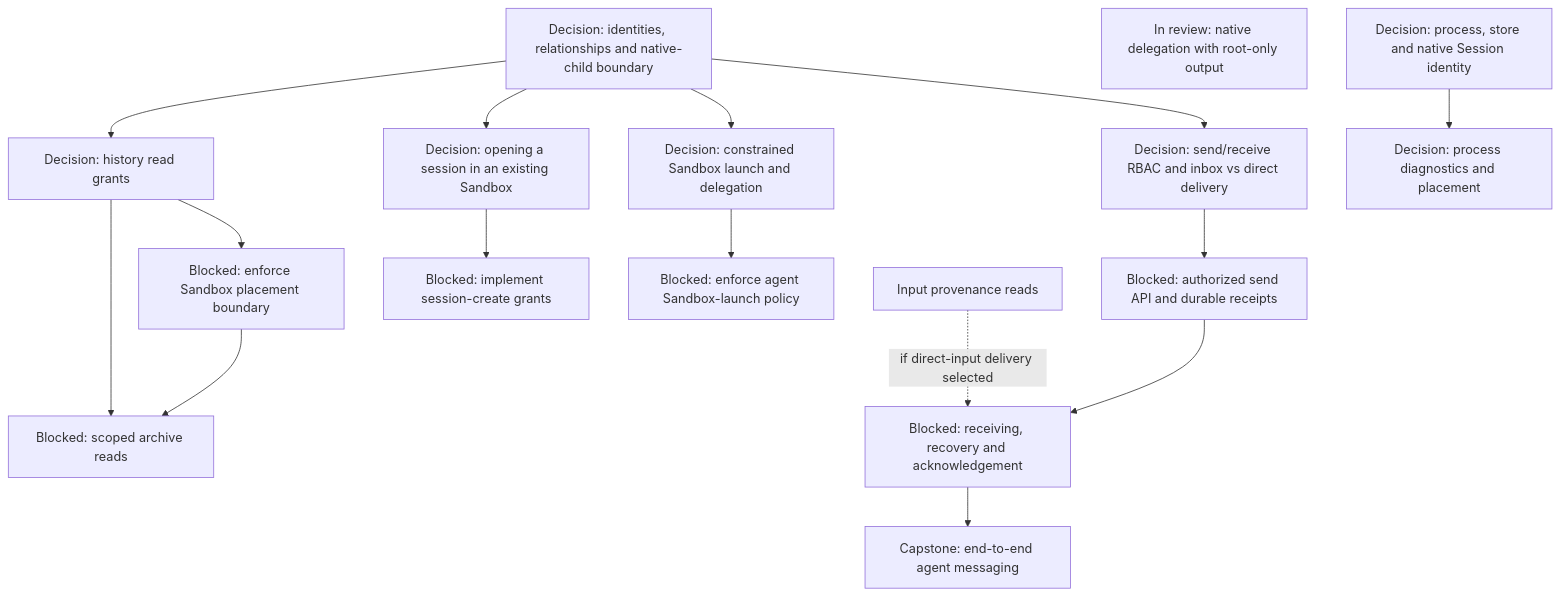
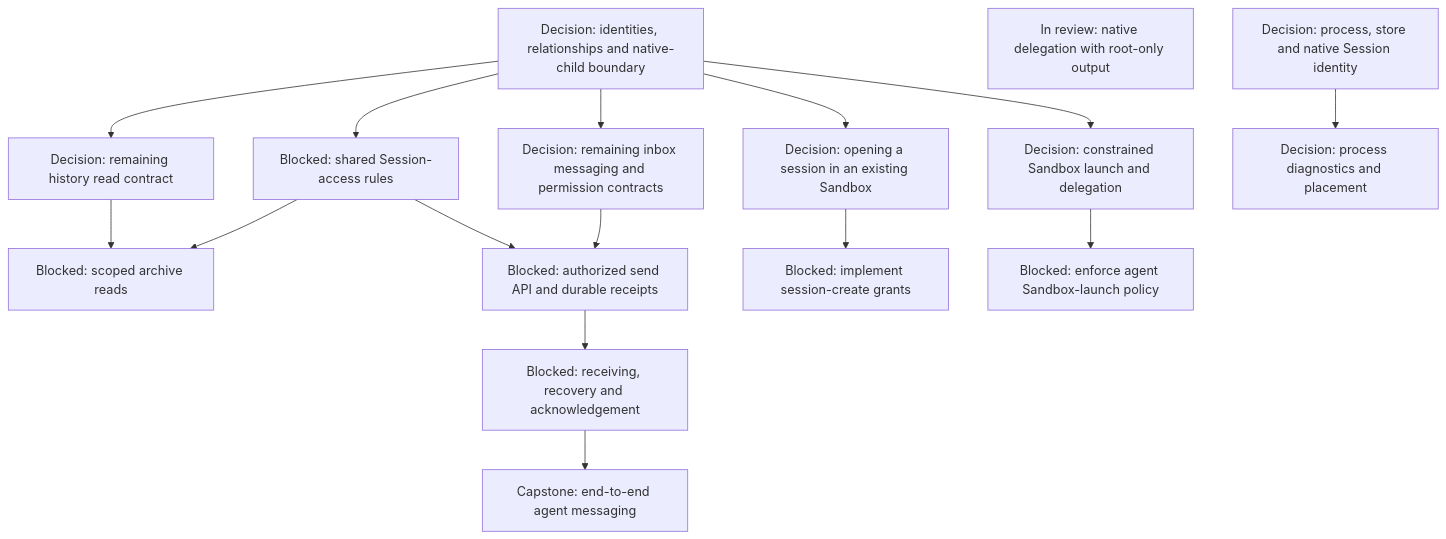
Before and after one commit to agentydragon-agent/ducktape: the fifth of 16 diagrams in agentplane/plans/task_dag.md, drawn with Mermaid. The commit also changed other lines of this file and 6 other files, not shown here.

````diff
--- a/agentplane/plans/task_dag.md
+++ b/agentplane/plans/task_dag.md
@@ -223,32 +234,32 @@
 ```mermaid
 flowchart TD
     MULTIAGENT_MODEL[Decision: identities, relationships and native-child boundary]
-    THREAD_READ_POLICY_DESIGN[Decision: history read grants]
-    SANDBOX_COMPARTMENT_BOUNDARY[Blocked: enforce Sandbox placement boundary]
+    SESSION_ACCESS_RULES[Blocked: shared Session-access rules]
+    THREAD_READ_POLICY_DESIGN[Decision: remaining history read contract]
     THREAD_READ_POLICY[Blocked: scoped archive reads]
-    AGENT_MESSAGING_DESIGN[Decision: send/receive RBAC and inbox vs direct delivery]
+    AGENT_MESSAGING_DESIGN[Decision: remaining inbox messaging and permission contracts]
     AGENT_MESSAGE_INGRESS[Blocked: authorized send API and durable receipts]
     AGENT_MESSAGE_RECEPTION[Blocked: receiving, recovery and acknowledgement]
     AGENT_MESSAGING[Capstone: end-to-end agent messaging]
     THREAD_CREATE_POLICY[Decision: opening a session in an existing Sandbox]
     THREAD_CREATE_AUTHORIZATION[Blocked: implement session-create grants]
     AGENT_LAUNCH_POLICY_DESIGN[Decision: constrained Sandbox launch and delegation]
     AGENT_SANDBOX_LAUNCH[Blocked: enforce agent Sandbox-launch policy]
     MULTIAGENT_MODEL --> THREAD_READ_POLICY_DESIGN
+    MULTIAGENT_MODEL --> SESSION_ACCESS_RULES
     MULTIAGENT_MODEL --> AGENT_MESSAGING_DESIGN
     MULTIAGENT_MODEL --> THREAD_CREATE_POLICY
     MULTIAGENT_MODEL --> AGENT_LAUNCH_POLICY_DESIGN
-    THREAD_READ_POLICY_DESIGN --> SANDBOX_COMPARTMENT_BOUNDARY
     THREAD_READ_POLICY_DESIGN --> THREAD_READ_POLICY
-    SANDBOX_COMPARTMENT_BOUNDARY --> THREAD_READ_POLICY
+    SESSION_ACCESS_RULES --> THREAD_READ_POLICY
+    SESSION_ACCESS_RULES --> AGENT_MESSAGE_INGRESS
     AGENT_MESSAGING_DESIGN --> AGENT_MESSAGE_INGRESS
-    SESSION_INPUT_METADATA_READ[Input provenance reads] -. if direct-input delivery selected .-> AGENT_MESSAGE_RECEPTION
     AGENT_MESSAGE_INGRESS --> AGENT_MESSAGE_RECEPTION
     AGENT_MESSAGE_RECEPTION --> AGENT_MESSAGING
     THREAD_CREATE_POLICY --> THREAD_CREATE_AUTHORIZATION
     AGENT_LAUNCH_POLICY_DESIGN --> AGENT_SANDBOX_LAUNCH
     NATIVE_SUBAGENT_ENABLE[In review: native delegation with root-only output]
     RUNNER_HARNESS_OBJECTS_DESIGN[Decision: process diagnostics and placement]
     HARNESS_IDENTITY_DESIGN[Decision: process, store and native Session identity]
     HARNESS_IDENTITY_DESIGN --> RUNNER_HARNESS_OBJECTS_DESIGN
 ```
````
